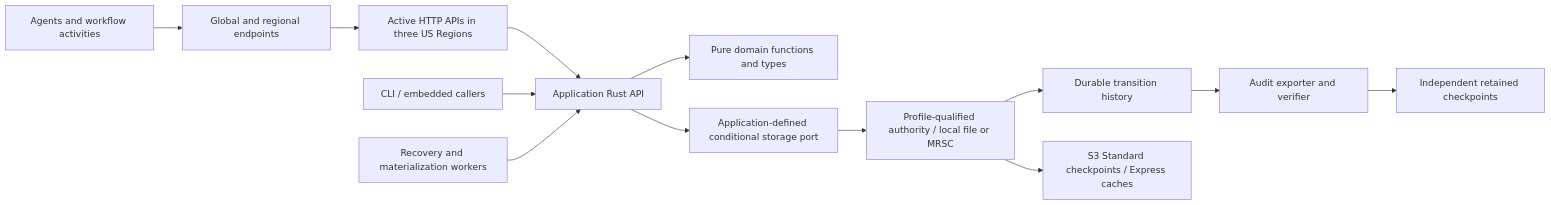
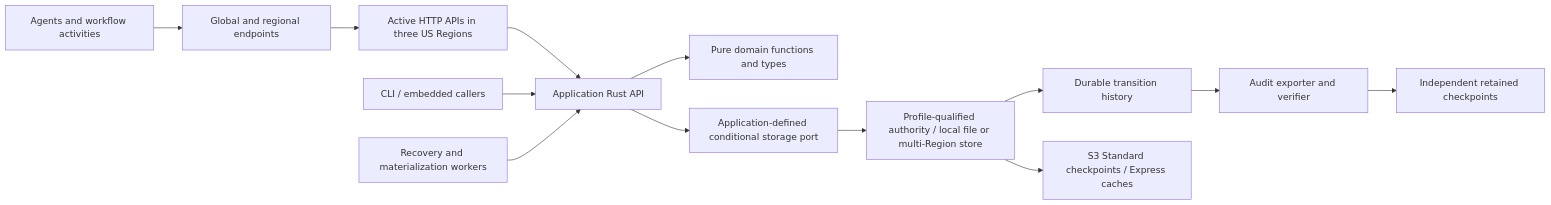
One commit to bobby/rescrow changed the first of 2 diagrams in DESIGN.md. Above: the diagram before and after it, drawn with Mermaid. The commit also changed other lines of this file and 1 other file, not shown here.

First line of the commit message:
Compare authority candidates, including transactional ones

````diff
--- a/DESIGN.md
+++ b/DESIGN.md
@@ -184,15 +184,15 @@
 ```mermaid
 flowchart LR
     A[Agents and workflow activities] --> G[Global and regional endpoints]
     G --> H[Active HTTP APIs in three US Regions]
     H --> APP[Application Rust API]
     L[CLI / embedded callers] --> APP
     W[Recovery and materialization workers] --> APP
     APP --> P[Pure domain functions and types]
     APP --> S[Application-defined conditional storage port]
-    S --> B[Profile-qualified authority / local file or MRSC]
+    S --> B[Profile-qualified authority / local file or multi-Region store]
     B --> E[Durable transition history]
     B --> O[S3 Standard checkpoints / Express caches]
     E --> V[Audit exporter and verifier]
     V --> C[Independent retained checkpoints]
 ```
````
